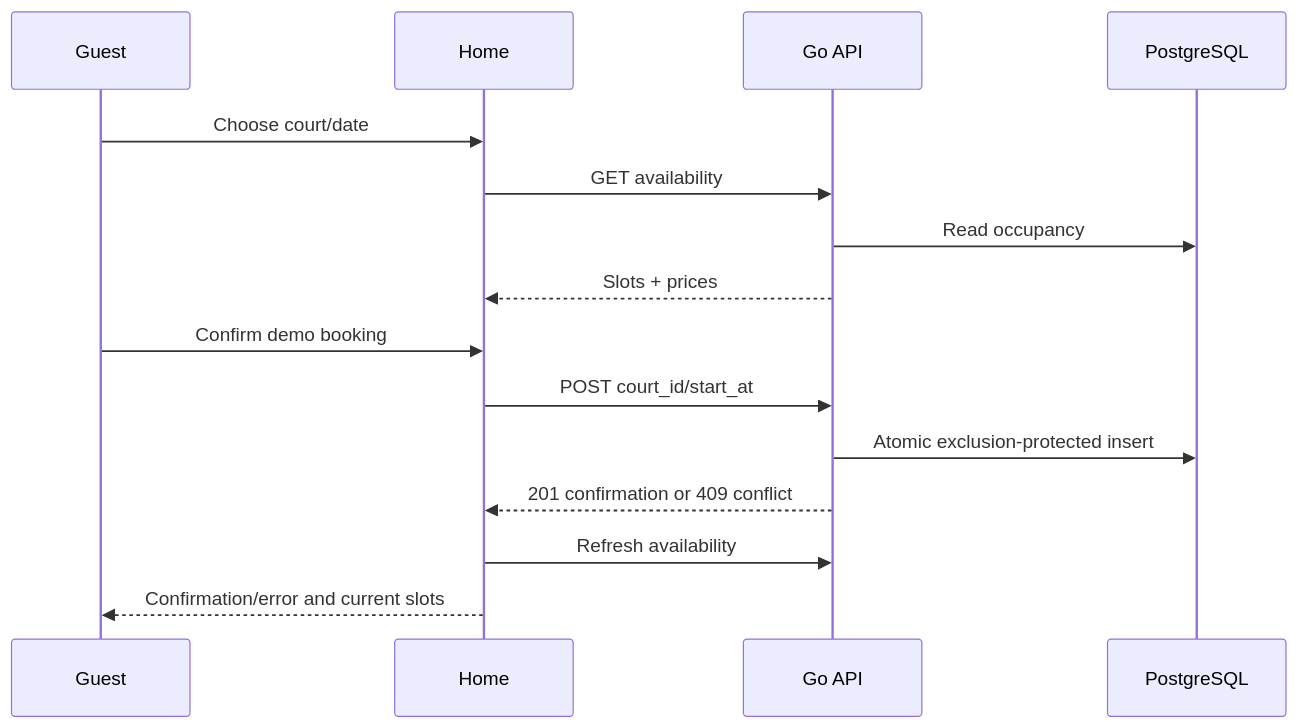
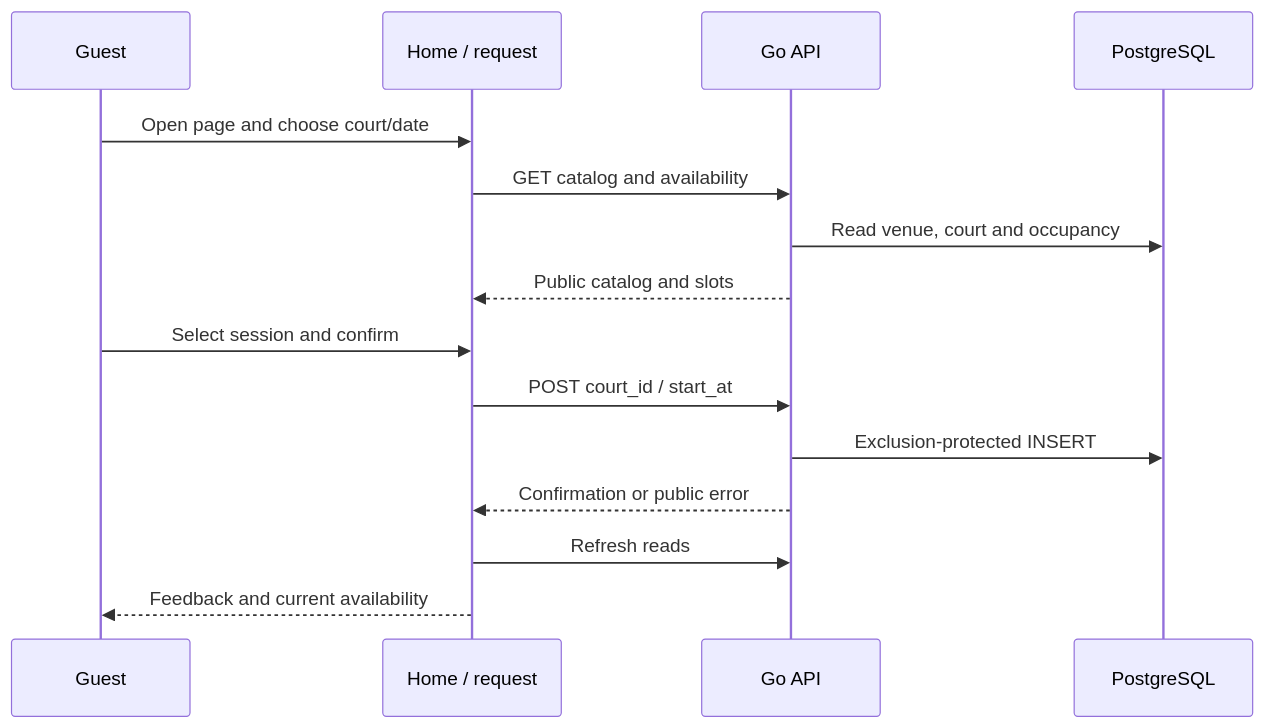
One commit to dilutedbrainjuice/courtflow changed the diagram in buildDocs/buildDocs/CourtFlow/system-analysis/customer-booking.md. Above: the diagram before and after it, drawn with Mermaid. The commit also changed other lines of this file and 9 other files, not shown here.

````diff
--- a/buildDocs/buildDocs/CourtFlow/system-analysis/customer-booking.md
+++ b/buildDocs/buildDocs/CourtFlow/system-analysis/customer-booking.md
@@ -53,17 +58,17 @@
 ```mermaid
 sequenceDiagram
- participant U as Guest
- participant W as Home
- participant A as Go API
- participant D as PostgreSQL
- U->>W: Choose court/date
- W->>A: GET availability
- A->>D: Read occupancy
- A-->>W: Slots + prices
- U->>W: Confirm demo booking
- W->>A: POST court_id/start_at
- A->>D: Atomic exclusion-protected insert
- A-->>W: 201 confirmation or 409 conflict
- W->>A: Refresh availability
- W-->>U: Confirmation/error and current slots
+    participant U as Guest
+    participant W as Home / request
+    participant A as Go API
+    participant D as PostgreSQL
+    U->>W: Open page and choose court/date
+    W->>A: GET catalog and availability
+    A->>D: Read venue, court and occupancy
+    A-->>W: Public catalog and slots
+    U->>W: Select session and confirm
+    W->>A: POST court_id / start_at
+    A->>D: Exclusion-protected INSERT
+    A-->>W: Confirmation or public error
+    W->>A: Refresh reads
+    W-->>U: Feedback and current availability
 ```
````
